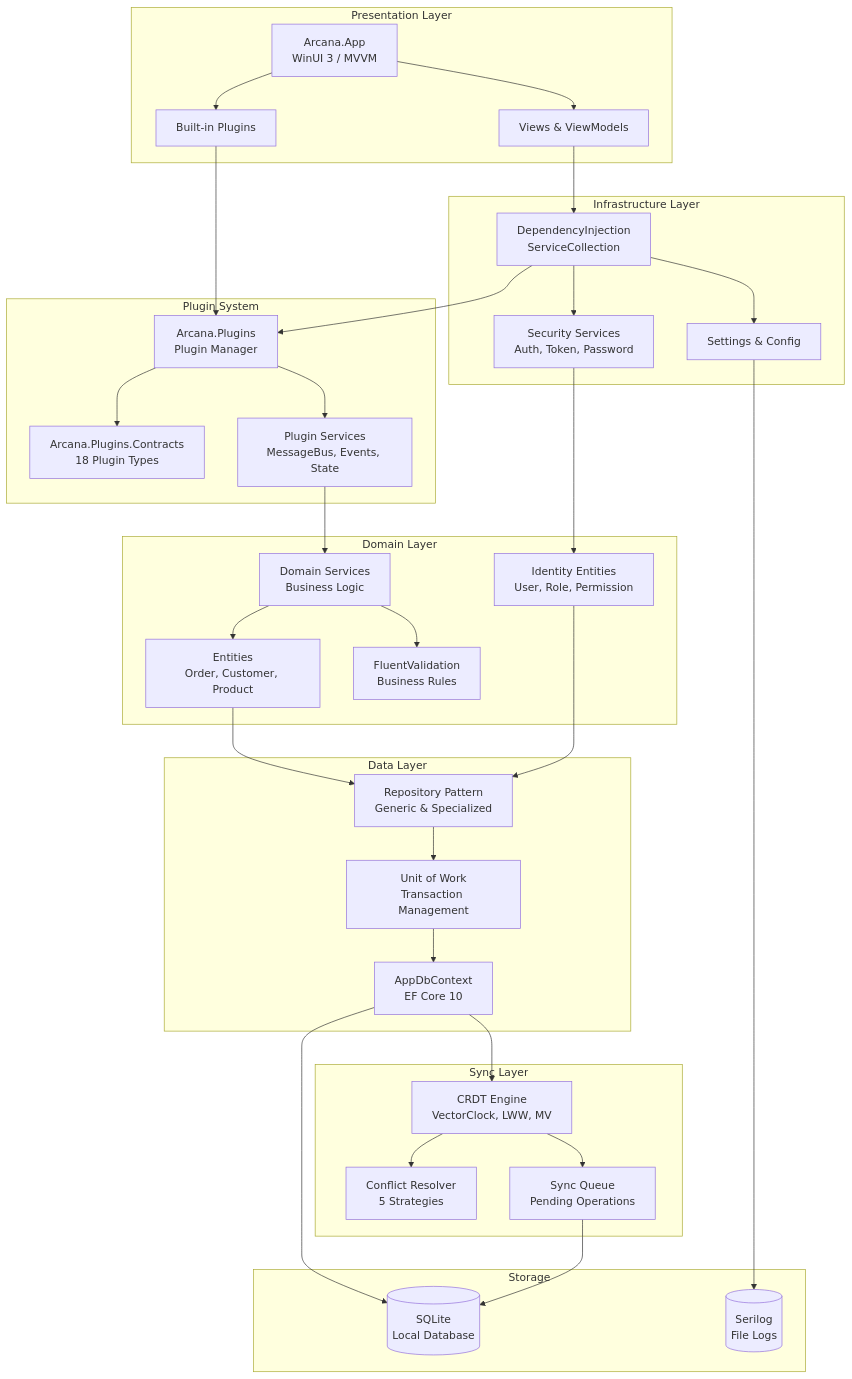
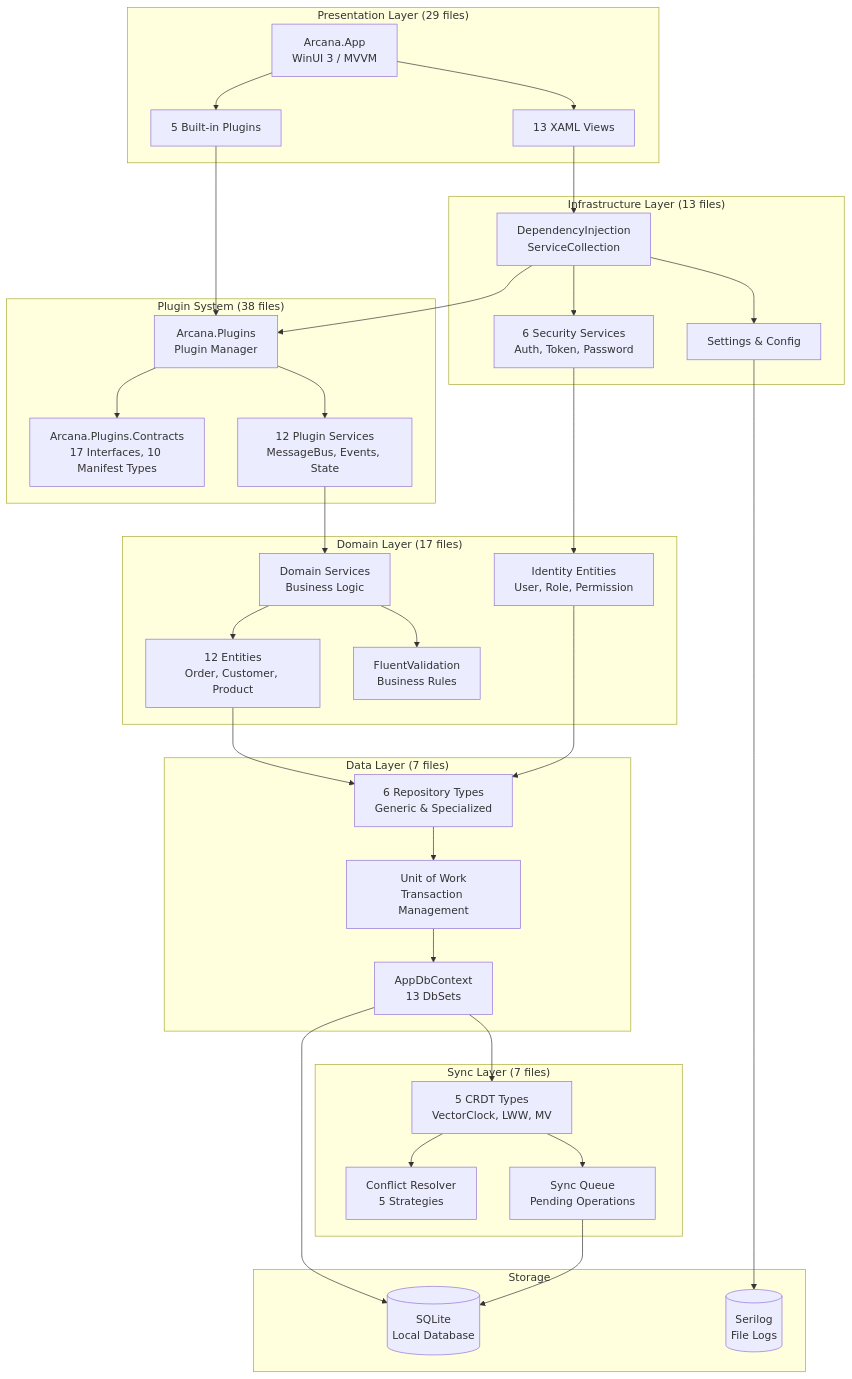
Before and after one commit to jrjohn/arcana-windows: the first of 8 diagrams in README.md, drawn with Mermaid. The commit also changed other lines of this file and 914 other files, not shown here.

````diff
--- a/README.md
+++ b/README.md
@@ -241,74 +243,74 @@
 ```mermaid
 flowchart TB
-    subgraph Presentation["Presentation Layer"]
+    subgraph Presentation["Presentation Layer (29 files)"]
         App[Arcana.App<br/>WinUI 3 / MVVM]
-        Views[Views & ViewModels]
-        Plugins[Built-in Plugins]
+        Views[13 XAML Views]
+        Plugins[5 Built-in Plugins]
     end
 
-    subgraph Infrastructure["Infrastructure Layer"]
+    subgraph Infrastructure["Infrastructure Layer (13 files)"]
         DI[DependencyInjection<br/>ServiceCollection]
-        Security[Security Services<br/>Auth, Token, Password]
+        Security[6 Security Services<br/>Auth, Token, Password]
         Settings[Settings & Config]
     end
 
-    subgraph PluginSystem["Plugin System"]
-        Contracts[Arcana.Plugins.Contracts<br/>18 Plugin Types]
+    subgraph PluginSystem["Plugin System (38 files)"]
+        Contracts[Arcana.Plugins.Contracts<br/>17 Interfaces, 10 Manifest Types]
         Runtime[Arcana.Plugins<br/>Plugin Manager]
-        Services[Plugin Services<br/>MessageBus, Events, State]
+        Services[12 Plugin Services<br/>MessageBus, Events, State]
     end
 
-    subgraph Domain["Domain Layer"]
-        Entities[Entities<br/>Order, Customer, Product]
+    subgraph Domain["Domain Layer (17 files)"]
+        Entities[12 Entities<br/>Order, Customer, Product]
         DomainServices[Domain Services<br/>Business Logic]
         Validators[FluentValidation<br/>Business Rules]
         Identity[Identity Entities<br/>User, Role, Permission]
     end
 
-    subgraph DataLayer["Data Layer"]
-        Repo[Repository Pattern<br/>Generic & Specialized]
+    subgraph DataLayer["Data Layer (7 files)"]
+        Repo[6 Repository Types<br/>Generic & Specialized]
         UoW[Unit of Work<br/>Transaction Management]
-        DbContext[AppDbContext<br/>EF Core 10]
+        DbContext[AppDbContext<br/>13 DbSets]
     end
 
-    subgraph SyncLayer["Sync Layer"]
-        CRDT[CRDT Engine<br/>VectorClock, LWW, MV]
+    subgraph SyncLayer["Sync Layer (7 files)"]
+        CRDT[5 CRDT Types<br/>VectorClock, LWW, MV]
         Conflict[Conflict Resolver<br/>5 Strategies]
         Queue[Sync Queue<br/>Pending Operations]
     end
 
     subgraph Storage["Storage"]
         SQLite[(SQLite<br/>Local Database)]
         Logs[(Serilog<br/>File Logs)]
     end
 
     App --> Views
     App --> Plugins
     Views --> DI
     Plugins --> Runtime
 
     DI --> Security
     DI --> Settings
     DI --> Runtime
 
     Runtime --> Contracts
     Runtime --> Services
     Services --> DomainServices
 
     Security --> Identity
     DomainServices --> Entities
     DomainServices --> Validators
 
     Entities --> Repo
     Identity --> Repo
     Repo --> UoW
     UoW --> DbContext
 
     DbContext --> SQLite
     DbContext --> CRDT
     CRDT --> Conflict
     CRDT --> Queue
     Queue --> SQLite
 
     Settings --> Logs
 ```
````
